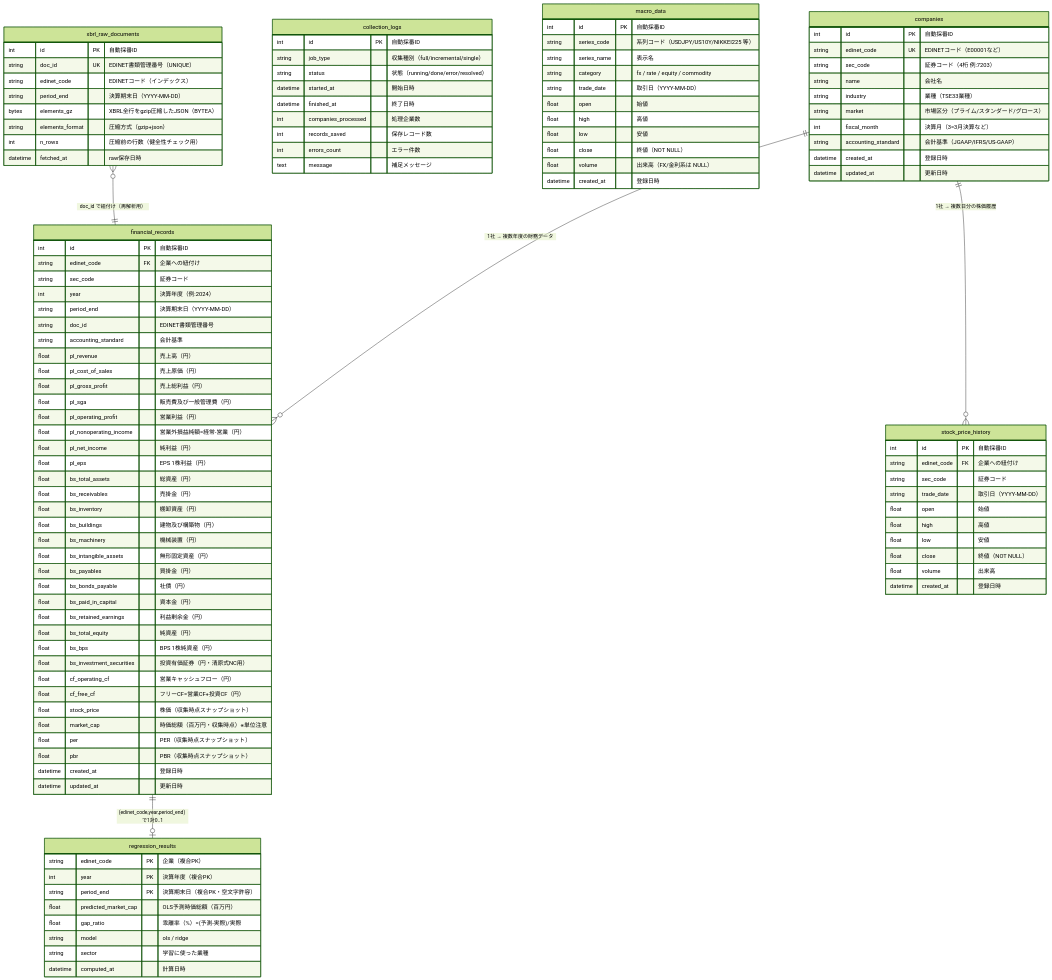
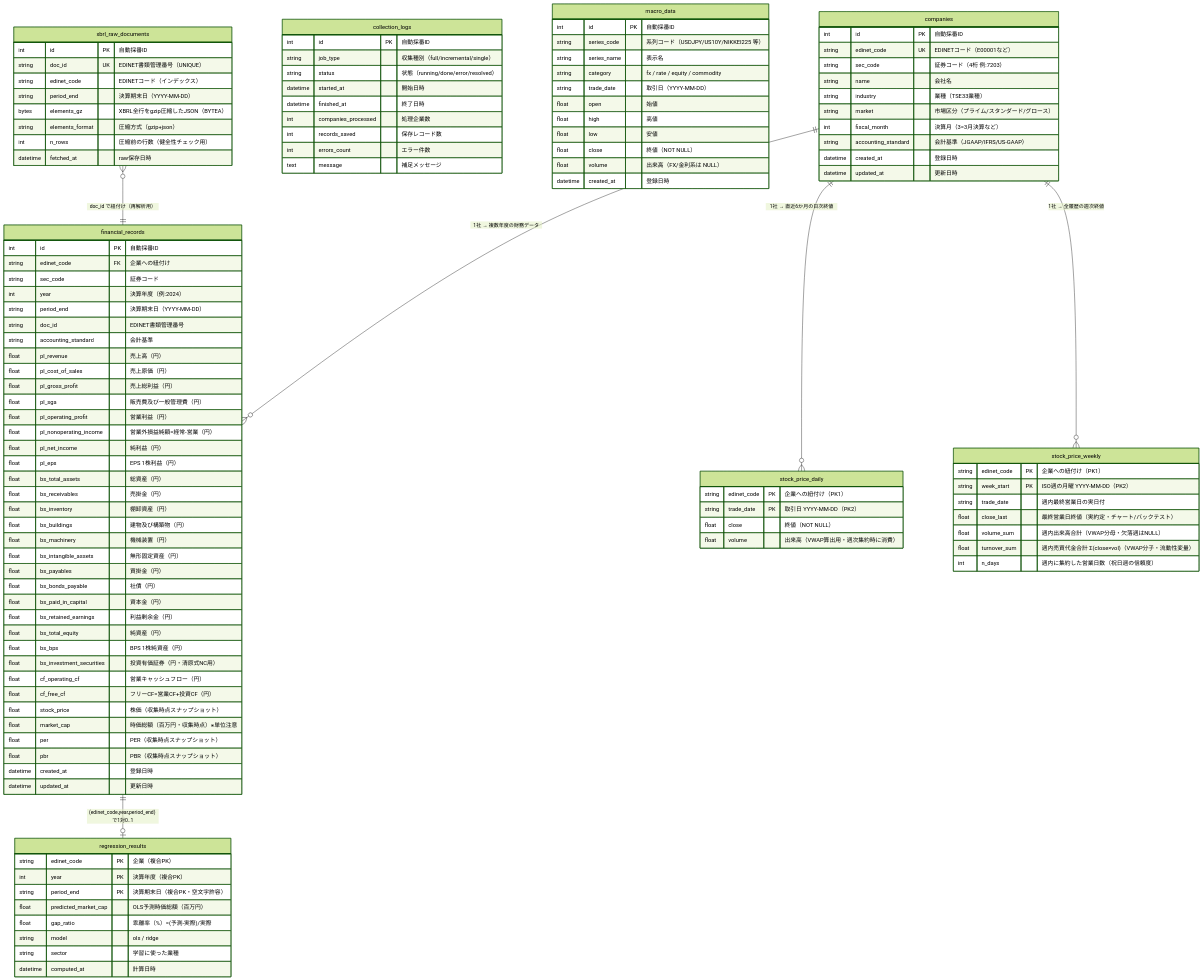
The third of 12 diagrams in docs/ARCHITECTURE.md (kome-kome/financial_app), drawn with Mermaid (forest theme) before and after one commit. The commit also changed other lines of this file and 14 other files, not shown here.

First line of the commit message:
feat(stock-price): 株価を close-only 2本立て(daily+weekly)へ移行し容量を恒久対策

````diff
--- a/docs/ARCHITECTURE.md
+++ b/docs/ARCHITECTURE.md
@@ -229,17 +229,21 @@
         datetime computed_at           "計算日時"
     }
 
-    stock_price_history {
-        int     id           PK "自動採番ID"
-        string  edinet_code  FK "企業への紐付け"
-        string  sec_code        "証券コード"
-        string  trade_date      "取引日（YYYY-MM-DD）"
-        float   open            "始値"
-        float   high            "高値"
-        float   low             "安値"
+    stock_price_daily {
+        string  edinet_code  PK "企業への紐付け（PK1）"
+        string  trade_date   PK "取引日 YYYY-MM-DD（PK2）"
         float   close           "終値（NOT NULL）"
-        float   volume          "出来高"
-        datetime created_at     "登録日時"
+        float   volume          "出来高（VWAP算出用・週次集約時に消費）"
+    }
+
+    stock_price_weekly {
+        string  edinet_code  PK "企業への紐付け（PK1）"
+        string  week_start   PK "ISO週の月曜 YYYY-MM-DD（PK2）"
+        string  trade_date      "週内最終営業日の実日付"
+        float   close_last      "最終営業日終値（実約定・チャート/バックテスト）"
+        float   volume_sum      "週内出来高合計（VWAP分母・欠落週はNULL）"
+        float   turnover_sum    "週内売買代金合計 Σ(close×vol)（VWAP分子・流動性変量）"
+        int     n_days          "週内に集約した営業日数（祝日週の信頼度）"
     }
 
     collection_logs {
@@ -280,7 +284,8 @@
     }
 
     companies         ||--o{  financial_records    : "1社 → 複数年度の財務データ"
-    companies         ||--o{  stock_price_history  : "1社 → 複数日分の株価履歴"
+    companies         ||--o{  stock_price_daily    : "1社 → 直近6か月の日次終値"
+    companies         ||--o{  stock_price_weekly   : "1社 → 全履歴の週次終値"
     xbrl_raw_documents }o--|| financial_records   : "doc_id で紐付け（再解析用）"
     financial_records ||--o| regression_results  : "(edinet_code,year,period_end) で1対0..1"
 ```
````
